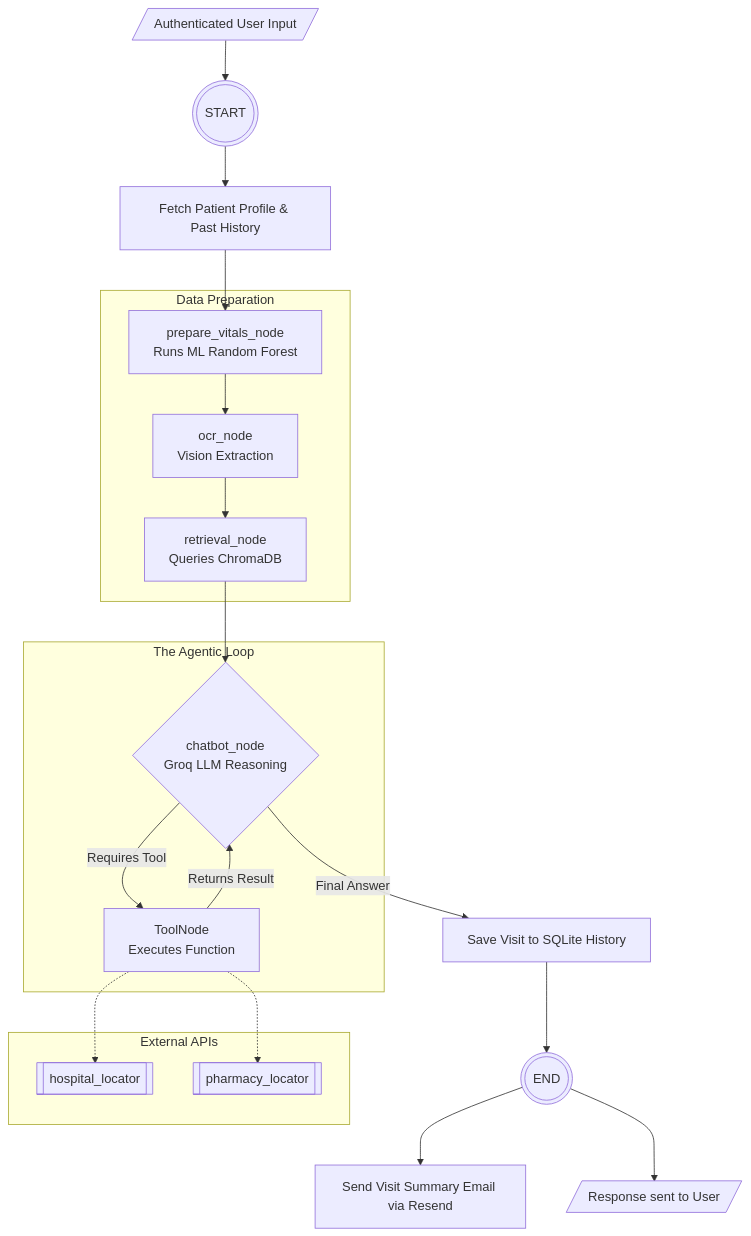
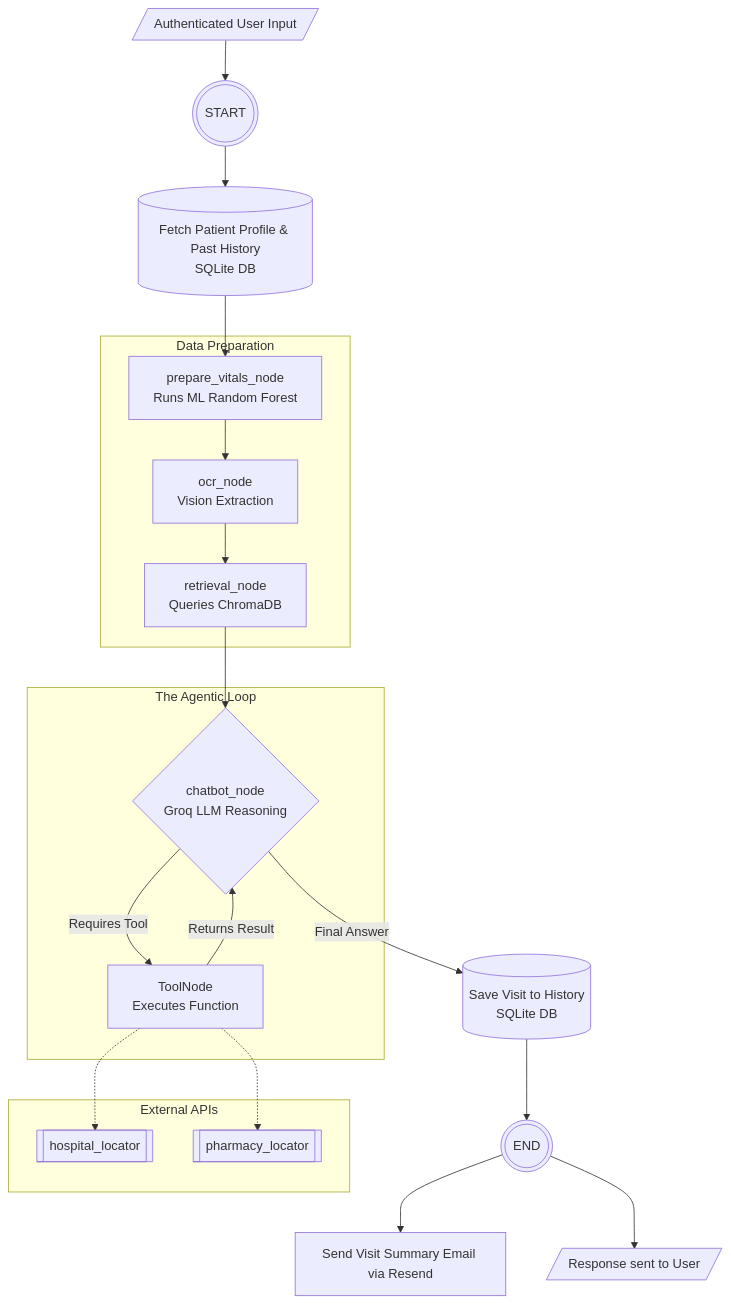
Before and after one commit to mahaveer0738/fyp-health-app: the diagram in README.md, drawn with Mermaid.

Commit message:
docs: Update README diagram to explicitly show SQLite DB interactions

````diff
--- a/README.md
+++ b/README.md
@@ -45,41 +45,41 @@
 ```mermaid
 graph TD
     %% Entry
     Input[/Authenticated User Input/] --> START(((START)))
     START --> AuthCheck
 
-    AuthCheck[Fetch Patient Profile & Past History] --> N1
+    AuthCheck[(Fetch Patient Profile & Past History<br>SQLite DB)] --> N1
 
     %% Sequential Data Prep Pipeline
     subgraph "Data Preparation"
         N1[prepare_vitals_node<br>Runs ML Random Forest] --> N2
         N2[ocr_node<br>Vision Extraction] --> N3
         N3[retrieval_node<br>Queries ChromaDB]
     end
 
     N3 --> N4
 
     %% The ReAct Agent Loop
     subgraph "The Agentic Loop"
         N4{chatbot_node<br>Groq LLM Reasoning}
         N4 -- "Requires Tool" --> N5[ToolNode<br>Executes Function]
         N5 -- "Returns Result" --> N4
     end
 
     %% Exit
     N4 -- "Final Answer" --> SaveVisit
-    SaveVisit[Save Visit to SQLite History] --> END(((END)))
+    SaveVisit[(Save Visit to History<br>SQLite DB)] --> END(((END)))
     
     %% Post-Graph Processes
     END --> Email[Send Visit Summary Email via Resend]
     END --> Output[/Response sent to User/]
 
     %% Tool Definitions
     subgraph "External APIs"
         T1[[hospital_locator]]
         T2[[pharmacy_locator]]
     end
     
     N5 -.-> T1
     N5 -.-> T2
 ```
````
